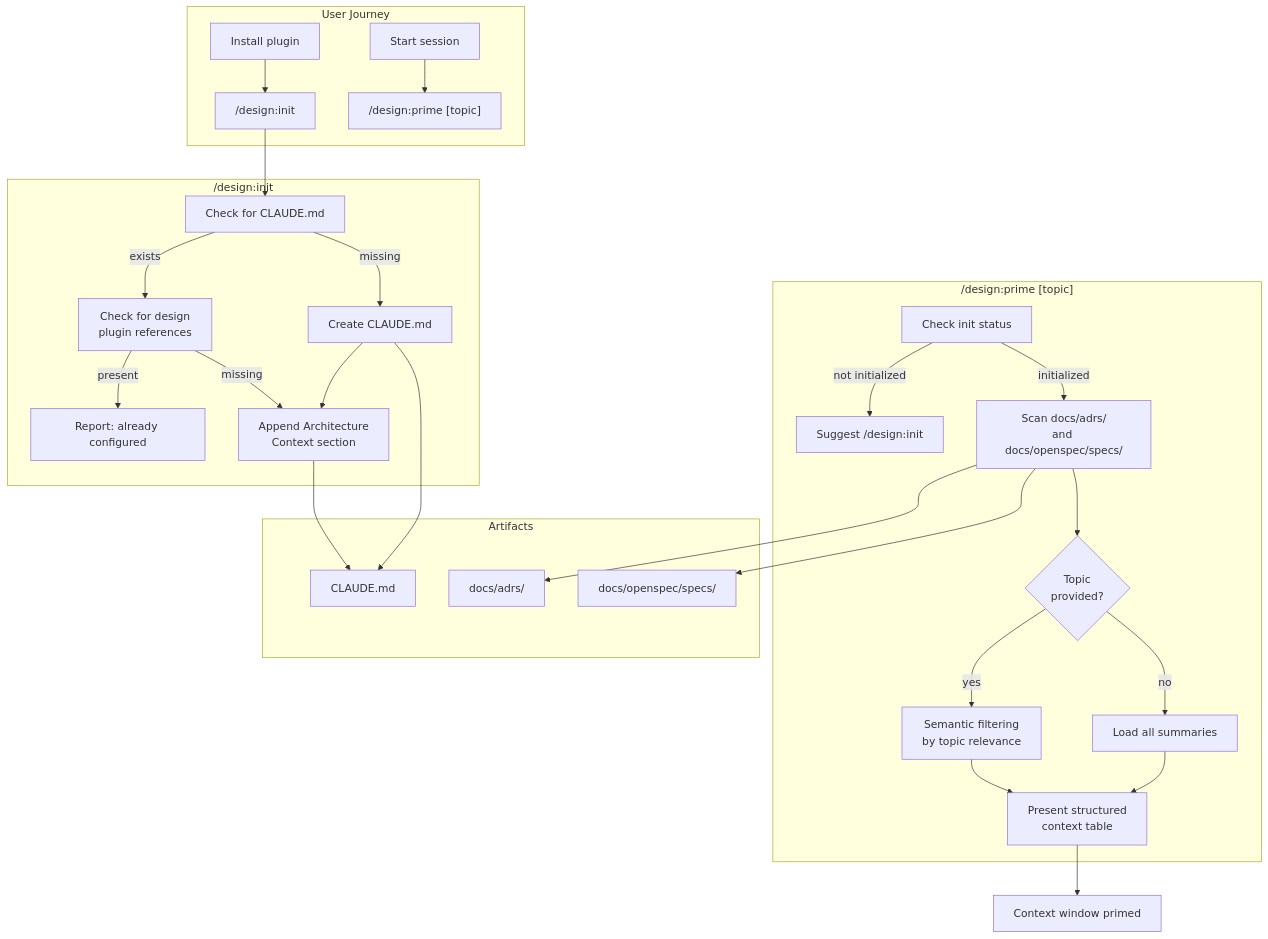
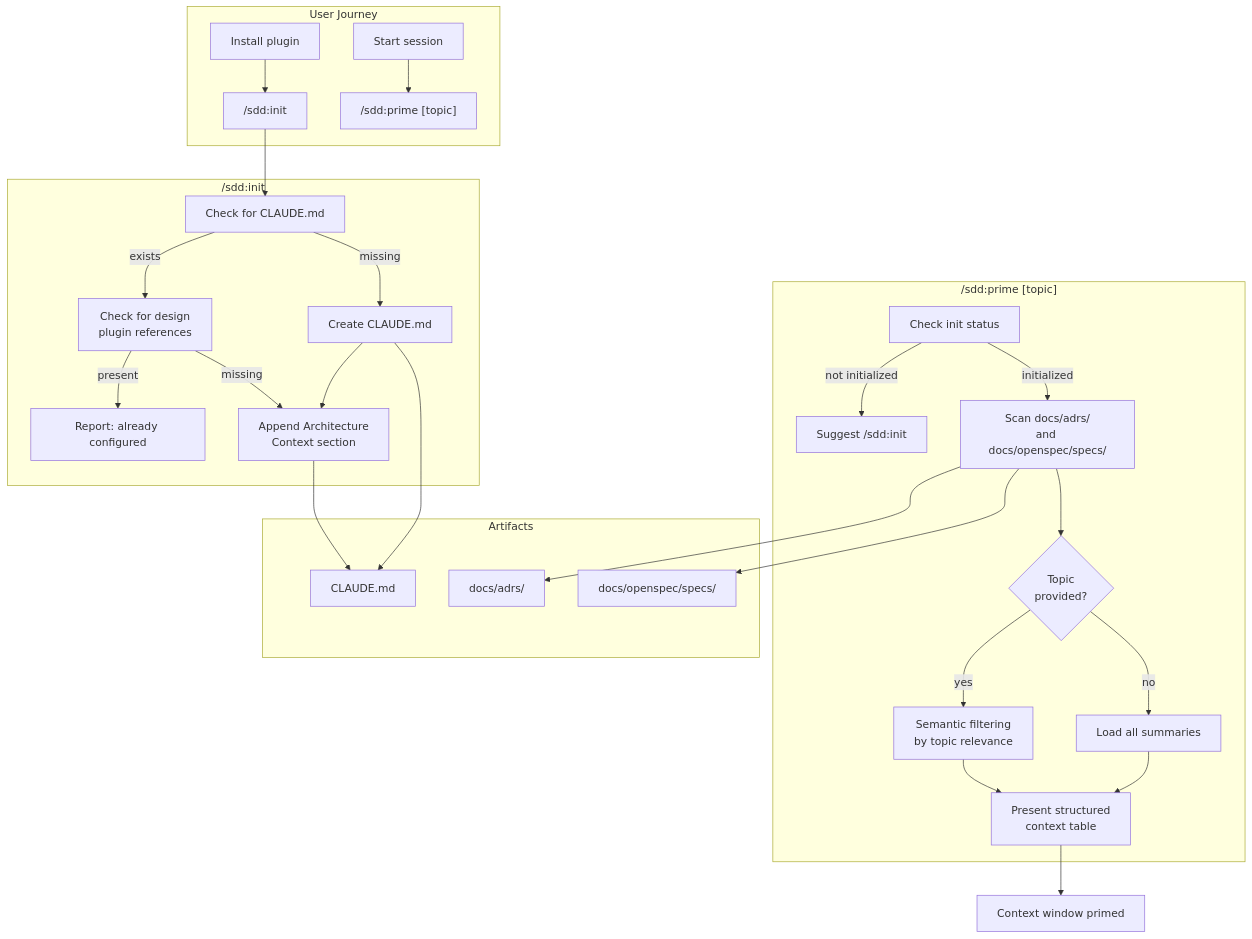
The diagram in docs/openspec/specs/init-and-priming/design.md (joestump/claude-plugin-design), drawn with Mermaid before and after one commit. The commit also changed other lines of this file and 106 other files, not shown here.

First line of the commit message:
Rename plugin: design → sdd (Spec-Driven Development) (#75)

````diff
--- a/docs/openspec/specs/init-and-priming/design.md
+++ b/docs/openspec/specs/init-and-priming/design.md
@@ -46,40 +46,40 @@
 ```mermaid
 flowchart TB
     subgraph "User Journey"
-        install["Install plugin"] --> init_run["/design:init"]
-        session["Start session"] --> prime_run["/design:prime [topic]"]
+        install["Install plugin"] --> init_run["/sdd:init"]
+        session["Start session"] --> prime_run["/sdd:prime [topic]"]
     end
 
-    subgraph "/design:init"
+    subgraph "/sdd:init"
         check_claude["Check for CLAUDE.md"]
         check_claude -->|exists| check_refs["Check for design\nplugin references"]
         check_claude -->|missing| create["Create CLAUDE.md"]
         check_refs -->|present| noop["Report: already configured"]
         check_refs -->|missing| append["Append Architecture\nContext section"]
         create --> append
     end
 
-    subgraph "/design:prime [topic]"
+    subgraph "/sdd:prime [topic]"
         detect_init["Check init status"]
-        detect_init -->|not initialized| suggest["Suggest /design:init"]
+        detect_init -->|not initialized| suggest["Suggest /sdd:init"]
         detect_init -->|initialized| scan["Scan docs/adrs/\nand docs/openspec/specs/"]
         scan --> topic_check{Topic\nprovided?}
         topic_check -->|yes| filter["Semantic filtering\nby topic relevance"]
         topic_check -->|no| load_all["Load all summaries"]
         filter --> present["Present structured\ncontext table"]
         load_all --> present
     end
 
     subgraph "Artifacts"
         claude_md["CLAUDE.md"]
         adrs["docs/adrs/"]
         specs["docs/openspec/specs/"]
     end
 
     init_run --> check_claude
     append --> claude_md
     create --> claude_md
     scan --> adrs
     scan --> specs
     present --> ctx["Context window primed"]
 ```
````
